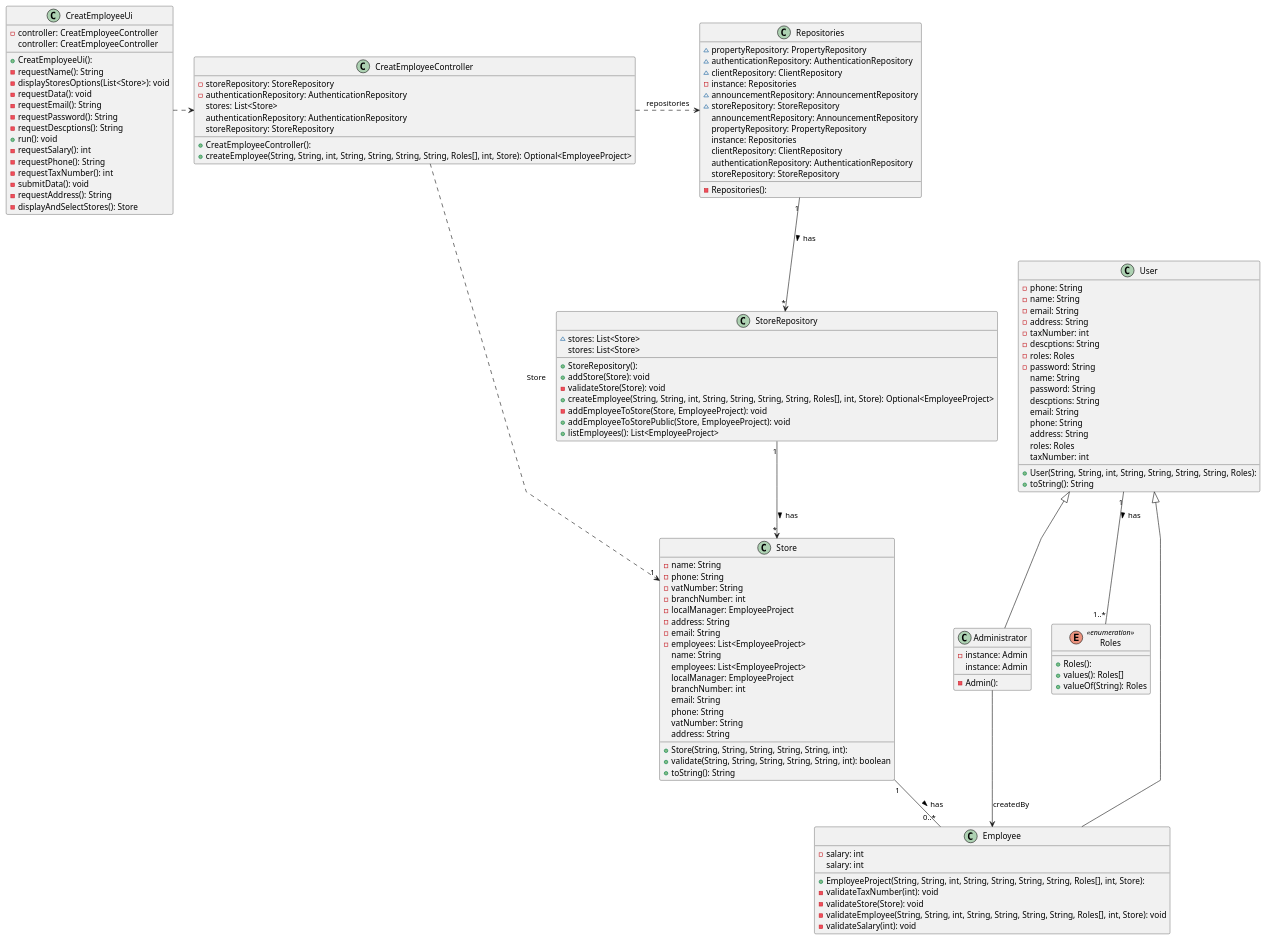
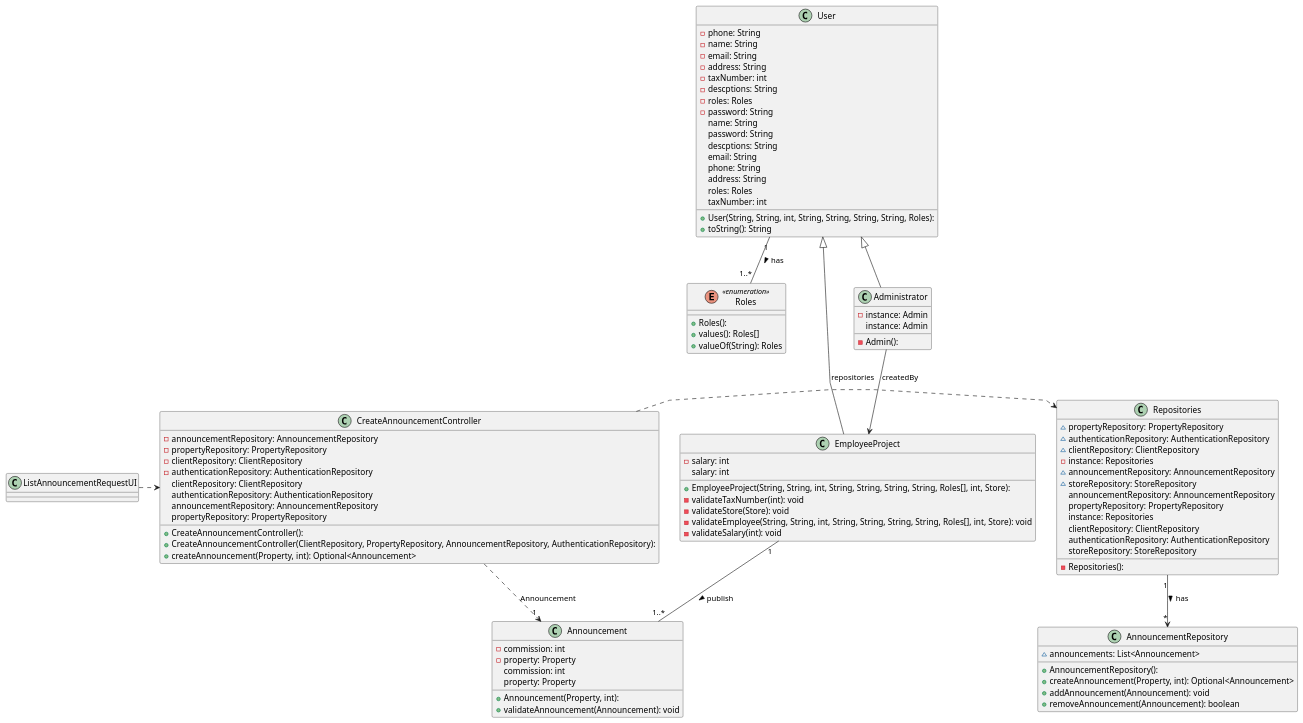
Before and after one commit to hugosilva2901/lei-22-s2-1DO-g68: the diagram in lei-22-s2-1do-g68/docs/SprintC/us008/03.design/puml/us008-class-diagram.puml, drawn with PlantUML. The commit also changed 5 other files, not shown here.

```diff
--- a/lei-22-s2-1do-g68/docs/SprintC/us008/03.design/puml/us008-class-diagram.puml
+++ b/lei-22-s2-1do-g68/docs/SprintC/us008/03.design/puml/us008-class-diagram.puml
@@ -1,138 +1,114 @@
 @startuml
 'skinparam monochrome true
 skinparam packageStyle rectangle
 skinparam shadowing false
 skinparam linetype polyline
 'skinparam linetype orto
 
 skinparam classAttributeIconSize "2"
 'left to right direction
 class Repositories {
   - Repositories():
   ~ propertyRepository: PropertyRepository
   ~ authenticationRepository: AuthenticationRepository
   ~ clientRepository: ClientRepository
   - instance: Repositories
   ~ announcementRepository: AnnouncementRepository
   ~ storeRepository: StoreRepository
    announcementRepository: AnnouncementRepository
    propertyRepository: PropertyRepository
    instance: Repositories
    clientRepository: ClientRepository
    authenticationRepository: AuthenticationRepository
    storeRepository: StoreRepository
 }
 
-class StoreRepository {
-  + StoreRepository():
-  ~ stores: List<Store>
-  + addStore(Store): void
-  - validateStore(Store): void
-  + createEmployee(String, String, int, String, String, String, String, Roles[], int, Store): Optional<EmployeeProject>
-  - addEmployeeToStore(Store, EmployeeProject): void
-  + addEmployeeToStorePublic(Store, EmployeeProject): void
-  + listEmployees(): List<EmployeeProject>
-   stores: List<Store>
+class ListAnnouncementRequestUI {
+
 }
 
-class CreatEmployeeUi {
-  + CreatEmployeeUi():
-  - controller: CreatEmployeeController
-  - requestName(): String
-  - displayStoresOptions(List<Store>): void
-  - requestData(): void
-  - requestEmail(): String
-  - requestPassword(): String
-  - requestDescptions(): String
-  + run(): void
-  - requestSalary(): int
-  - requestPhone(): String
-  - requestTaxNumber(): int
-  - submitData(): void
-  - requestAddress(): String
-  - displayAndSelectStores(): Store
-   controller: CreatEmployeeController
-}
-class CreatEmployeeController {
-  + CreatEmployeeController():
-  - storeRepository: StoreRepository
-  - authenticationRepository: AuthenticationRepository
-  + createEmployee(String, String, int, String, String, String, String, Roles[], int, Store): Optional<EmployeeProject>
-   stores: List<Store>
-   authenticationRepository: AuthenticationRepository
-   storeRepository: StoreRepository
-}
 
 class User {
   + User(String, String, int, String, String, String, String, Roles):
   - phone: String
   - name: String
   - email: String
   - address: String
   - taxNumber: int
   - descptions: String
   - roles: Roles
   - password: String
   + toString(): String
    name: String
    password: String
    descptions: String
    email: String
    phone: String
    address: String
    roles: Roles
    taxNumber: int
 }
 enum Roles << enumeration >> {
   + Roles():
   + values(): Roles[]
   + valueOf(String): Roles
 }
 
 
-class Employee extends User{
+class EmployeeProject extends User{
   + EmployeeProject(String, String, int, String, String, String, String, Roles[], int, Store):
-    - salary: int
-    - validateTaxNumber(int): void
-    - validateStore(Store): void
-    - validateEmployee(String, String, int, String, String, String, String, Roles[], int, Store): void
-    - validateSalary(int): void
-     salary: int
+  - salary: int
+  - validateTaxNumber(int): void
+  - validateStore(Store): void
+  - validateEmployee(String, String, int, String, String, String, String, Roles[], int, Store): void
+  - validateSalary(int): void
+   salary: int
 }
 
 class Administrator extends User{
   - Admin():
   - instance: Admin
    instance: Admin
 }
-class Store {
-  + Store(String, String, String, String, String, int):
-  - name: String
-  - phone: String
-  - vatNumber: String
-  - branchNumber: int
-  - localManager: EmployeeProject
-  - address: String
-  - email: String
-  - employees: List<EmployeeProject>
-  + validate(String, String, String, String, String, int): boolean
-  + toString(): String
-   name: String
-   employees: List<EmployeeProject>
-   localManager: EmployeeProject
-   branchNumber: int
-   email: String
-   phone: String
-   vatNumber: String
-   address: String
+
+class Announcement{
+  + Announcement(Property, int):
+  - commission: int
+  - property: Property
+  + validateAnnouncement(Announcement): void
+   commission: int
+   property: Property
 }
 
-Store "1" -- "0..*" Employee : has >
+class AnnouncementRepository{
+  + AnnouncementRepository():
+  ~ announcements: List<Announcement>
+  + createAnnouncement(Property, int): Optional<Announcement>
+  + addAnnouncement(Announcement): void
+  + removeAnnouncement(Announcement): boolean
+}
+
+
+class CreateAnnouncementController {
+  + CreateAnnouncementController():
+  + CreateAnnouncementController(ClientRepository, PropertyRepository, AnnouncementRepository, AuthenticationRepository):
+  - announcementRepository: AnnouncementRepository
+  - propertyRepository: PropertyRepository
+  - clientRepository: ClientRepository
+  - authenticationRepository: AuthenticationRepository
+  + createAnnouncement(Property, int): Optional<Announcement>
+   clientRepository: ClientRepository
+   authenticationRepository: AuthenticationRepository
+   announcementRepository: AnnouncementRepository
+   propertyRepository: PropertyRepository
+}
+
+ListAnnouncementRequestUI .> CreateAnnouncementController
 User "1"--"1..*" Roles : has >
-CreatEmployeeController .> Repositories : repositories
-CreatEmployeeUi .> CreatEmployeeController
-Administrator --> Employee : createdBy
-CreatEmployeeController ..> "1" Store : Store
-Repositories "1" --> "*" StoreRepository : has >
-StoreRepository "1" --> "*" Store : has >
+Administrator --> EmployeeProject : createdBy
+EmployeeProject "1"--"1..*" Announcement : publish >
+CreateAnnouncementController .> Repositories : repositories
+CreateAnnouncementController ..> "1" Announcement : Announcement
+Repositories "1" --> "*" AnnouncementRepository : has >
+
 @enduml
```
